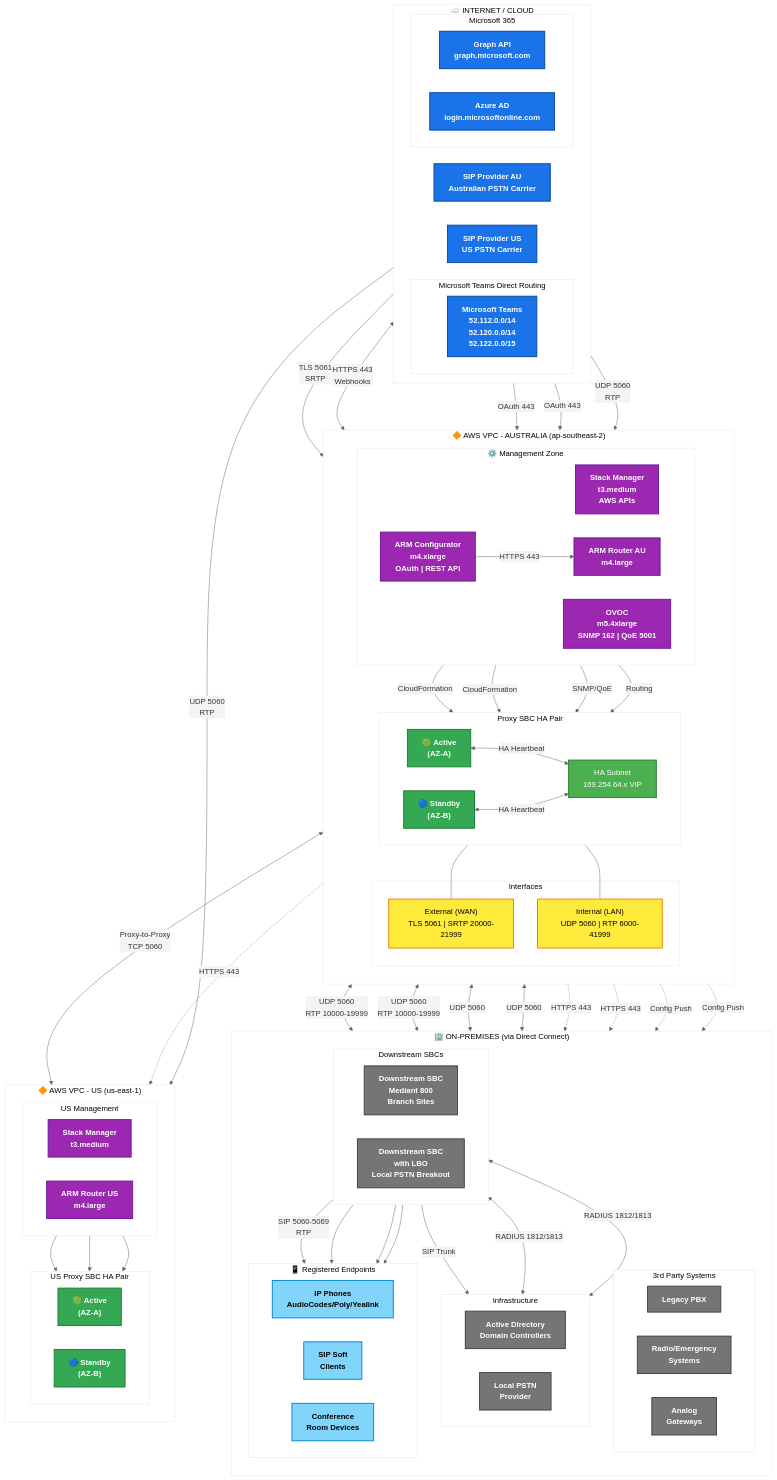
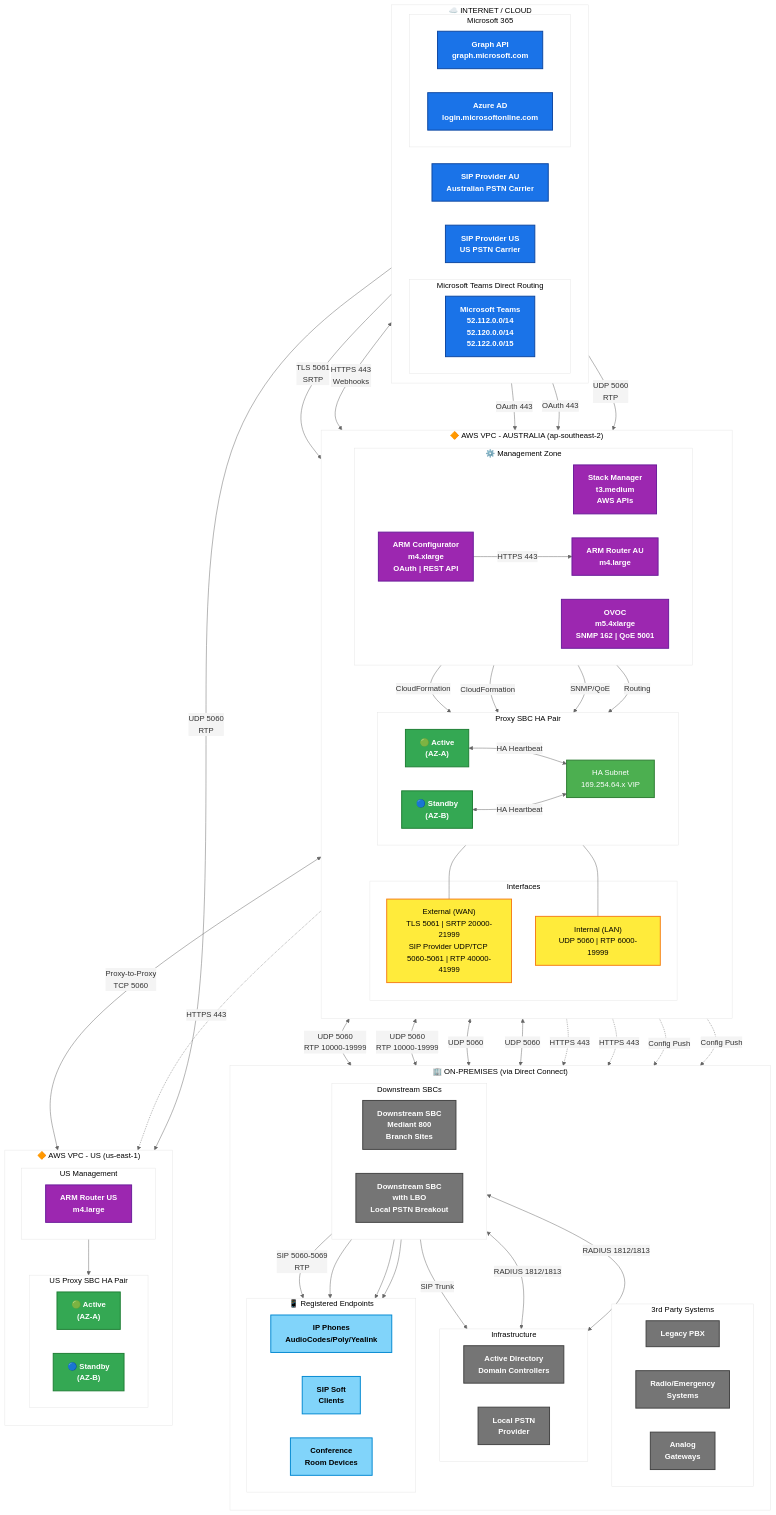
The diagram in diagrams/d8-7-complete-solution.mmd (kevinsing999/public), drawn with Mermaid before and after one commit. The commit also changed 9 other files, not shown here.

First line of the commit message:
Update diagrams for v2.5 interface remapping and SIP Provider move

```diff
--- a/diagrams/d8-7-complete-solution.mmd
+++ b/diagrams/d8-7-complete-solution.mmd
@@ -1,189 +1,186 @@
 %%{init: {'theme': 'base', 'themeVariables': { 'primaryColor': '#f4f4f4', 'primaryTextColor': '#333', 'primaryBorderColor': '#333', 'lineColor': '#666', 'secondaryColor': '#f4f4f4', 'tertiaryColor': '#fff'}}}%%
 %% ============================================================
 %% D.8.7 Complete Solution - End-to-End Connectivity
 %% AudioCodes SBC Unified Deployment Architecture
 %% ============================================================
 
 flowchart TB
     %% ============================================================
     %% INTERNET / CLOUD LAYER
     %% ============================================================
     subgraph Internet["☁️ INTERNET / CLOUD"]
         direction LR
 
         subgraph MSTeams["Microsoft Teams Direct Routing"]
             Teams["Microsoft Teams<br/>52.112.0.0/14<br/>52.120.0.0/14<br/>52.122.0.0/15"]
         end
 
         subgraph M365["Microsoft 365"]
             GraphAPI["Graph API<br/>graph.microsoft.com"]
             LoginAPI["Azure AD<br/>login.microsoftonline.com"]
         end
 
         SIPAU["SIP Provider AU<br/>Australian PSTN Carrier"]
         SIPUS["SIP Provider US<br/>US PSTN Carrier"]
     end
 
     %% ============================================================
     %% AWS VPC - AUSTRALIA REGION
     %% ============================================================
     subgraph AWSAustralia["🔶 AWS VPC - AUSTRALIA (ap-southeast-2)"]
         direction TB
 
         subgraph ProxySBC["Proxy SBC HA Pair"]
             direction LR
             AUActive["🟢 Active<br/>(AZ-A)"]
             AUStandby["🔵 Standby<br/>(AZ-B)"]
             HAVIP["HA Subnet<br/>169.254.64.x VIP"]
         end
 
         subgraph ProxyInterfaces["Interfaces"]
-            ExtIF["External (WAN)<br/>TLS 5061 | SRTP 20000-21999"]
-            IntIF["Internal (LAN)<br/>UDP 5060 | RTP 6000-41999"]
+            ExtIF["External (WAN)<br/>TLS 5061 | SRTP 20000-21999<br/>SIP Provider UDP/TCP 5060-5061 | RTP 40000-41999"]
+            IntIF["Internal (LAN)<br/>UDP 5060 | RTP 6000-19999"]
         end
 
         subgraph MgmtZone["⚙️ Management Zone"]
             direction LR
             StackMgr["Stack Manager<br/>t3.medium<br/>AWS APIs"]
             OVOC["OVOC<br/>m5.4xlarge<br/>SNMP 162 | QoE 5001"]
             ARMCfg["ARM Configurator<br/>m4.xlarge<br/>OAuth | REST API"]
             ARMRtrAU["ARM Router AU<br/>m4.large"]
         end
     end
 
     %% ============================================================
     %% AWS VPC - US REGION
     %% ============================================================
     subgraph AWSUSRegion["🔶 AWS VPC - US (us-east-1)"]
         direction TB
 
         subgraph USProxySBC["US Proxy SBC HA Pair"]
             direction LR
             USActive["🟢 Active<br/>(AZ-A)"]
             USStandby["🔵 Standby<br/>(AZ-B)"]
         end
 
         subgraph USMgmt["US Management"]
             direction LR
-            USStackMgr["Stack Manager<br/>t3.medium"]
             ARMRtrUS["ARM Router US<br/>m4.large"]
         end
     end
 
     %% ============================================================
     %% ON-PREMISES
     %% ============================================================
     subgraph OnPrem["🏢 ON-PREMISES (via Direct Connect)"]
         direction TB
 
         subgraph DownstreamSBCs["Downstream SBCs"]
             direction LR
             DSSBC["Downstream SBC<br/>Mediant 800<br/>Branch Sites"]
             DSSBCLBO["Downstream SBC<br/>with LBO<br/>Local PSTN Breakout"]
         end
 
         subgraph ThirdParty["3rd Party Systems"]
             direction LR
             PBX["Legacy PBX"]
             Radio["Radio/Emergency<br/>Systems"]
             AnalogGW["Analog<br/>Gateways"]
         end
 
         subgraph Infrastructure["Infrastructure"]
             direction LR
             AD["Active Directory<br/>Domain Controllers"]
             LocalPSTN["Local PSTN<br/>Provider"]
         end
 
         subgraph Endpoints["📱 Registered Endpoints"]
             direction LR
             IPPhones["IP Phones<br/>AudioCodes/Poly/Yealink"]
             SoftClients["SIP Soft<br/>Clients"]
             ConfRooms["Conference<br/>Room Devices"]
         end
     end
 
     %% ============================================================
     %% CONNECTIONS - Internet to AWS
     %% ============================================================
     Teams -->|"TLS 5061<br/>SRTP"| ExtIF
     GraphAPI <-->|"HTTPS 443<br/>Webhooks"| OVOC
     LoginAPI -->|"OAuth 443"| OVOC
     LoginAPI -->|"OAuth 443"| ARMCfg
-    SIPAU -->|"UDP 5060<br/>RTP"| IntIF
+    SIPAU -->|"UDP 5060<br/>RTP"| ExtIF
     SIPUS -->|"UDP 5060<br/>RTP"| USActive
 
     %% ============================================================
     %% CONNECTIONS - AWS Internal
     %% ============================================================
     AUActive <-->|"HA Heartbeat"| HAVIP
     AUStandby <-->|"HA Heartbeat"| HAVIP
     AUActive --- ExtIF
     AUActive --- IntIF
 
     StackMgr -->|"CloudFormation"| AUActive
     StackMgr -->|"CloudFormation"| AUStandby
     OVOC -->|"SNMP/QoE"| AUActive
     ARMCfg -->|"HTTPS 443"| ARMRtrAU
     ARMRtrAU -->|"Routing"| AUActive
 
-    USStackMgr --> USActive
-    USStackMgr --> USStandby
     ARMRtrUS --> USActive
 
     %% ============================================================
     %% CONNECTIONS - Proxy to Proxy (Cross-Region)
     %% ============================================================
     AUActive <-->|"Proxy-to-Proxy<br/>TCP 5060"| USActive
 
     %% ============================================================
     %% CONNECTIONS - AWS to On-Premises
     %% ============================================================
     IntIF <-->|"UDP 5060<br/>RTP 10000-19999"| DSSBC
     IntIF <-->|"UDP 5060<br/>RTP 10000-19999"| DSSBCLBO
     IntIF <-->|"UDP 5060"| PBX
     IntIF <-->|"UDP 5060"| Radio
 
     %% ============================================================
     %% CONNECTIONS - On-Premises Internal
     %% ============================================================
     DSSBCLBO -->|"SIP Trunk"| LocalPSTN
     DSSBC <-->|"RADIUS 1812/1813"| AD
     DSSBCLBO <-->|"RADIUS 1812/1813"| AD
 
     DSSBC -->|"SIP 5060-5069<br/>RTP"| IPPhones
     DSSBC --> SoftClients
     DSSBC --> ConfRooms
     DSSBCLBO --> IPPhones
 
     %% ============================================================
     %% CONNECTIONS - Management to All SBCs
     %% ============================================================
     OVOC -.->|"HTTPS 443"| DSSBC
     OVOC -.->|"HTTPS 443"| DSSBCLBO
     OVOC -.->|"HTTPS 443"| USActive
     ARMCfg -.->|"Config Push"| DSSBC
     ARMCfg -.->|"Config Push"| DSSBCLBO
 
     %% ============================================================
     %% STYLING - Class Definitions
     %% ============================================================
     classDef internet fill:#1a73e8,stroke:#0d47a1,stroke-width:2px,color:#ffffff,font-weight:bold
     classDef aws fill:#ff9900,stroke:#cc7a00,stroke-width:2px,color:#000000,font-weight:bold
     classDef sbc fill:#34a853,stroke:#1e7e34,stroke-width:2px,color:#ffffff,font-weight:bold
     classDef management fill:#9c27b0,stroke:#6a1b9a,stroke-width:2px,color:#ffffff,font-weight:bold
     classDef onprem fill:#757575,stroke:#424242,stroke-width:2px,color:#ffffff,font-weight:bold
     classDef endpoints fill:#81d4fa,stroke:#0288d1,stroke-width:2px,color:#000000,font-weight:bold
     classDef ha fill:#4caf50,stroke:#2e7d32,stroke-width:2px,color:#ffffff
     classDef interface fill:#ffeb3b,stroke:#f57f17,stroke-width:2px,color:#000000
 
     %% ============================================================
     %% STYLING - Class Assignments
     %% ============================================================
     class Teams,GraphAPI,LoginAPI,SIPAU,SIPUS internet
     class AUActive,AUStandby,USActive,USStandby sbc
-    class StackMgr,OVOC,ARMCfg,ARMRtrAU,USStackMgr,ARMRtrUS management
+    class StackMgr,OVOC,ARMCfg,ARMRtrAU,ARMRtrUS management
     class DSSBC,DSSBCLBO,PBX,Radio,AnalogGW,AD,LocalPSTN onprem
     class IPPhones,SoftClients,ConfRooms endpoints
     class HAVIP ha
     class ExtIF,IntIF interface
```
